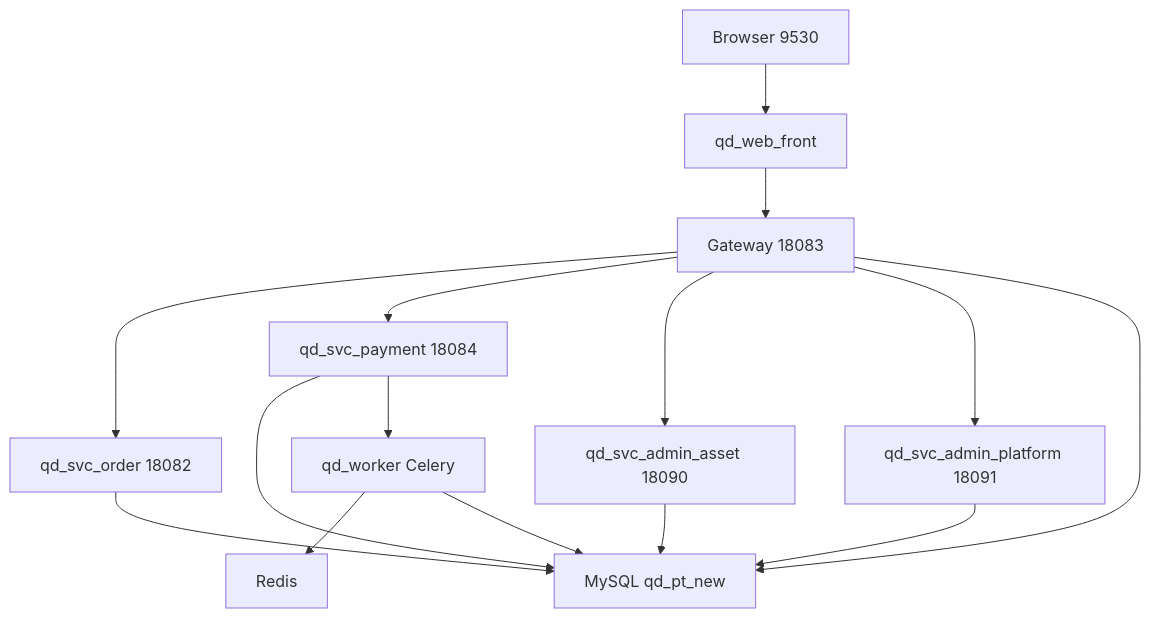
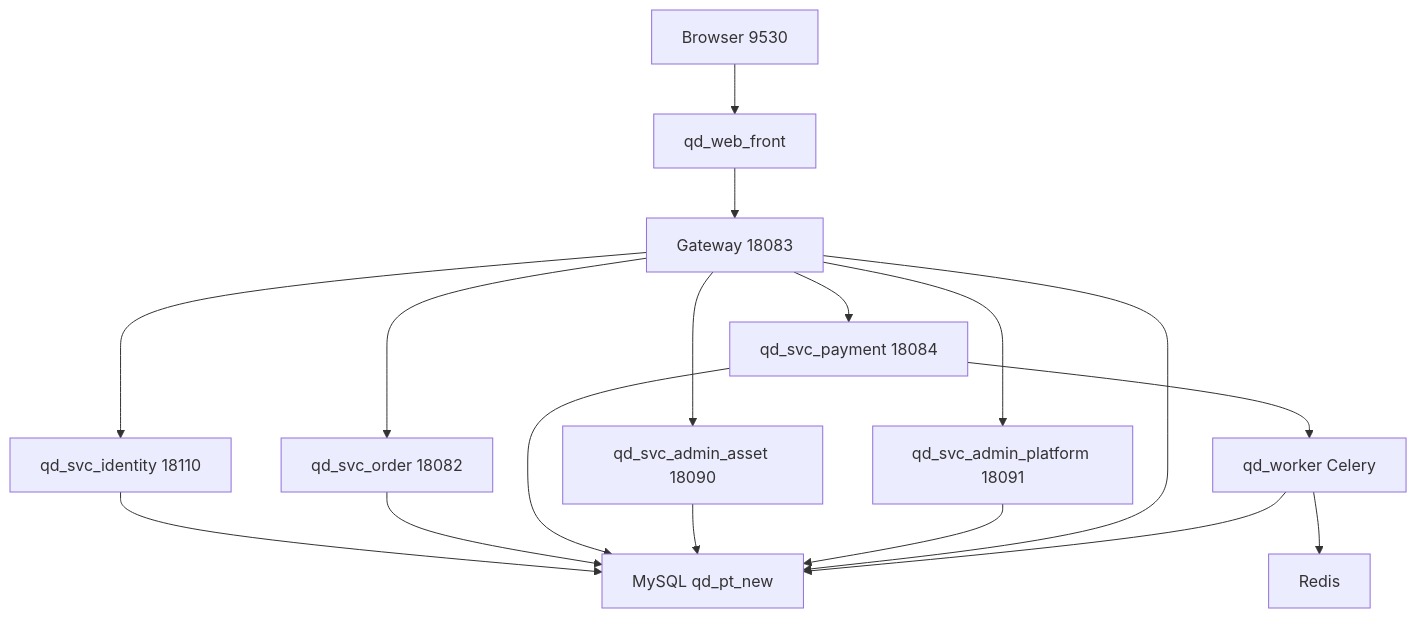
One commit to TZTANG97/utoo-pydjango changed the second of 6 diagrams in README.md. Above: the diagram before and after it, drawn with Mermaid. The commit also changed other lines of this file and 43 other files, not shown here.

First line of the commit message:
chore(auth): remove qd_svc_auth and document identity mid-platform

````diff
--- a/README.md
+++ b/README.md
@@ -71,17 +72,19 @@
 ```mermaid
 graph TB
   Browser[Browser 9530] --> Vite[qd_web_front]
   Vite --> GW[Gateway 18083]
+  GW --> Identity[qd_svc_identity 18110]
   GW --> Order[qd_svc_order 18082]
   GW --> Pay[qd_svc_payment 18084]
   GW --> Asset[qd_svc_admin_asset 18090]
   GW --> Platform[qd_svc_admin_platform 18091]
-  Order --> DB[MySQL qd_pt_new]
+  Identity --> DB[MySQL qd_pt_new]
+  Order --> DB
   Pay --> DB
   Asset --> DB
   Platform --> DB
   GW --> DB
   Pay --> Worker[qd_worker Celery]
   Worker --> Redis[Redis]
   Worker --> DB
 ```
````
